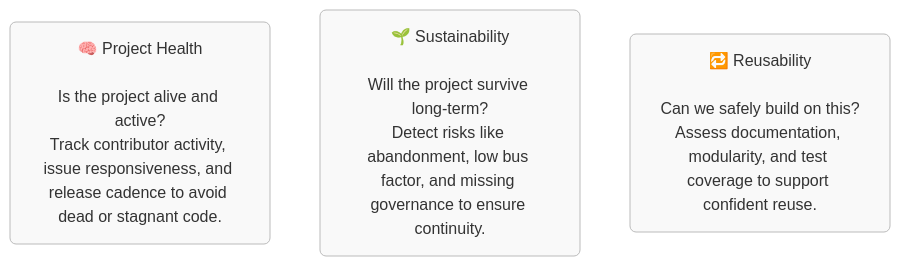
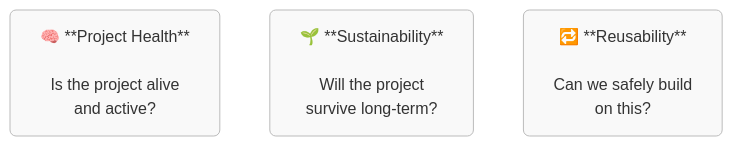
Before and after one commit to OS2sandbox/health-analyzer-poc: the diagram in README.md, drawn with Mermaid.

Commit message:
fix: update alignment of diagram text

````diff
--- a/README.md
+++ b/README.md
@@ -8,10 +8,10 @@
 ```mermaid
 flowchart LR
   classDef card fill:#f9f9f9,stroke:#bbb,stroke-width:1px,color:#333,rx:6,ry:6
 
-  H["🧠 Project Health<br><br>Is the project alive and active?<br>Track contributor activity, issue responsiveness, and release cadence to avoid dead or stagnant code."]~~~
-  S["🌱 Sustainability<br><br>Will the project survive long-term?<br>Detect risks like abandonment, low bus factor, and missing governance to ensure continuity."]~~~
-  R["🔁 Reusability<br><br>Can we safely build on this?<br>Assess documentation, modularity, and test coverage to support confident reuse."]
+  H["🧠 **Project Health**<br><br>Is the project alive <br> and active?"]~~~
+  S["🌱 **Sustainability** <br><br>Will the project <br> survive long-term?"]~~~
+  R["🔁 **Reusability** <br><br>Can we safely build <br> on this?"]
 
   class H,S,R card
 ```
````
